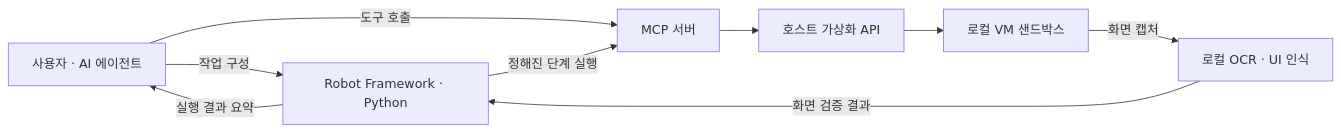
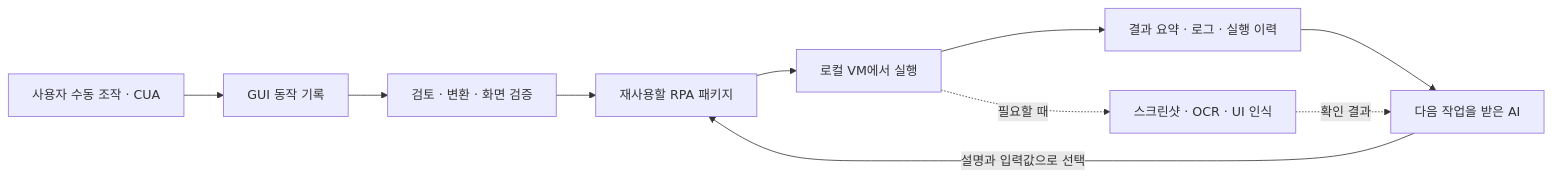
One commit to wayfarer6/vamp-mcp changed the diagram in README.md. Above: the diagram before and after it, drawn with Mermaid. The commit also changed other lines of this file and 17 other files, not shown here.

````diff
--- a/README.md
+++ b/README.md
@@ -15,11 +21,12 @@
 ```mermaid
 flowchart LR
-    A[사용자 · AI 에이전트] -->|작업 구성| R[Robot Framework · Python]
-    A -->|도구 호출| M[MCP 서버]
-    R -->|정해진 단계 실행| M
-    M --> H[호스트 가상화 API]
-    H --> V[로컬 VM 샌드박스]
-    V -->|화면 캡처| O[로컬 OCR · UI 인식]
-    O -->|화면 검증 결과| R
-    R -->|실행 결과 요약| A
+    U[사용자 수동 조작 · CUA] --> R[GUI 동작 기록]
+    R --> V[검토 · 변환 · 화면 검증]
+    V --> P[재사용할 RPA 패키지]
+    A[다음 작업을 받은 AI] -->|설명과 입력값으로 선택| P
+    P --> L[로컬 VM에서 실행]
+    L --> S[결과 요약 · 로그 · 실행 이력]
+    S --> A
+    L -. 필요할 때 .-> I[스크린샷 · OCR · UI 인식]
+    I -. 확인 결과 .-> A
 ```
````
